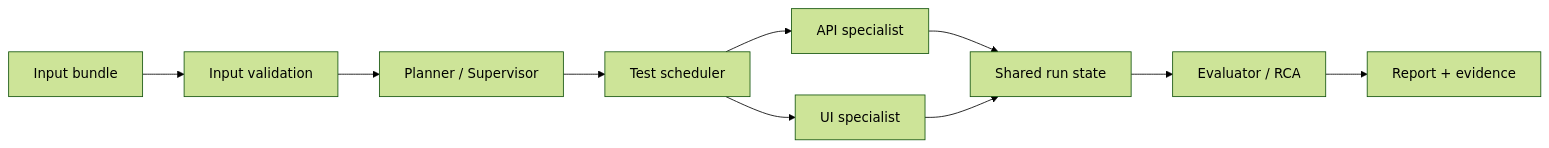
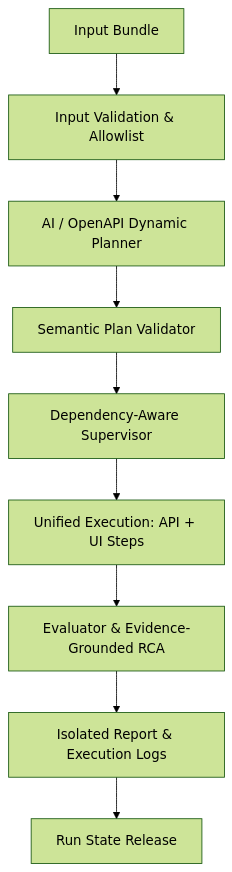
The diagram in README.md (Sarthak702-droid/SpecNetra-AI), drawn with Mermaid (forest theme) before and after one commit. The commit also changed other lines of this file and 28 other files, not shown here.

Commit message:
feat: complete full audit remediation, dynamic OpenAPI planning, and Docker fixes

````diff
--- a/README.md
+++ b/README.md
@@ -90,12 +86,11 @@
 ```mermaid
-flowchart LR
-    I[Input bundle] --> V[Input validation]
-    V --> P[Planner / Supervisor]
-    P --> S[Test scheduler]
-    S --> A[API specialist]
-    S --> U[UI specialist]
-    A --> R[Shared run state]
-    U --> R
-    R --> E[Evaluator / RCA]
-    E --> O[Report + evidence]
+flowchart TD
+    I[Input Bundle] --> V[Input Validation & Allowlist]
+    V --> P[AI / OpenAPI Dynamic Planner]
+    P --> SV[Semantic Plan Validator]
+    SV --> S[Dependency-Aware Supervisor]
+    S --> E[Unified Execution: API + UI Steps]
+    E --> EV[Evaluator & Evidence-Grounded RCA]
+    EV --> R[Isolated Report & Execution Logs]
+    R --> C[Run State Release]
 ```
````
